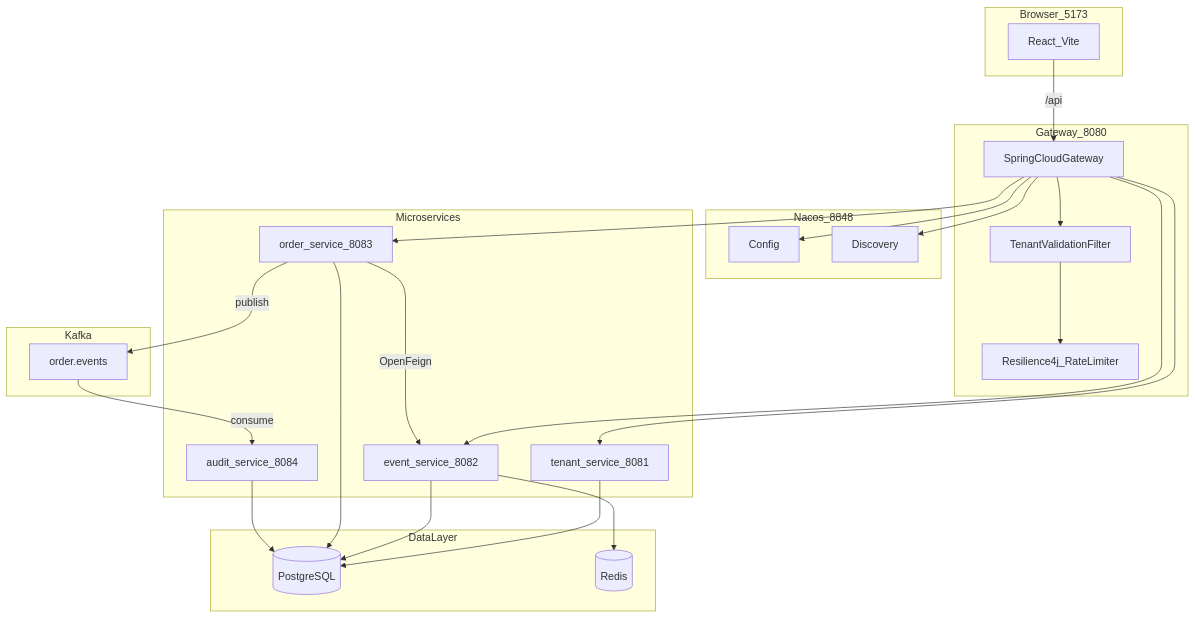
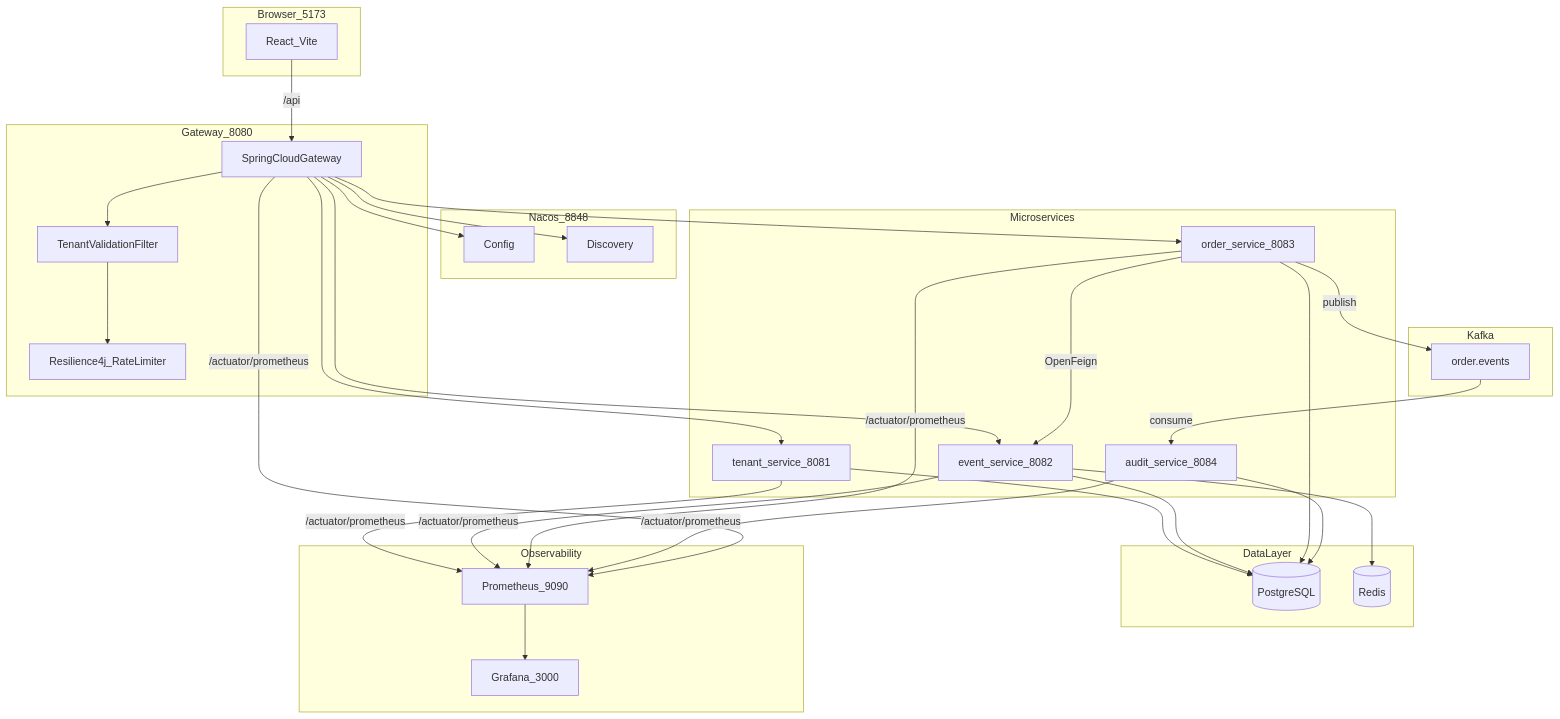
The diagram in docs/ARCHITECTURE.md (liweinan/ticket_demo), drawn with Mermaid before and after one commit. The commit also changed other lines of this file, not shown here.

First line of the commit message:
Document Prometheus and Grafana observability in ARCHITECTURE.md.

````diff
--- a/docs/ARCHITECTURE.md
+++ b/docs/ARCHITECTURE.md
@@ -9,49 +9,60 @@
 ```mermaid
 flowchart TB
   subgraph browser [Browser_5173]
     FE[React_Vite]
   end
 
   subgraph gateway [Gateway_8080]
     GW[SpringCloudGateway]
     RL[Resilience4j_RateLimiter]
     TV[TenantValidationFilter]
     GW --> TV --> RL
   end
 
   subgraph nacos [Nacos_8848]
     NC[Config]
     ND[Discovery]
   end
 
   subgraph services [Microservices]
     TS[tenant_service_8081]
     ES[event_service_8082]
     OS[order_service_8083]
     AS[audit_service_8084]
   end
 
   subgraph messaging [Kafka]
     TOPIC[order.events]
   end
 
   subgraph data [DataLayer]
     PG[(PostgreSQL)]
     RD[(Redis)]
   end
 
+  subgraph observability [Observability]
+    Prom[Prometheus_9090]
+    Graf[Grafana_3000]
+  end
+
   FE -->|"/api"| GW
   GW --> TS
   GW --> ES
   GW --> OS
   OS -->|OpenFeign| ES
   OS -->|publish| TOPIC
   TOPIC -->|consume| AS
   TS --> PG
   ES --> PG
   ES --> RD
   OS --> PG
   AS --> PG
   GW --> NC
   GW --> ND
+  TS -->|"/actuator/prometheus"| Prom
+  ES -->|"/actuator/prometheus"| Prom
+  OS -->|"/actuator/prometheus"| Prom
+  AS -->|"/actuator/prometheus"| Prom
+  GW -->|"/actuator/prometheus"| Prom
+  Prom --> Graf
 ```
````
